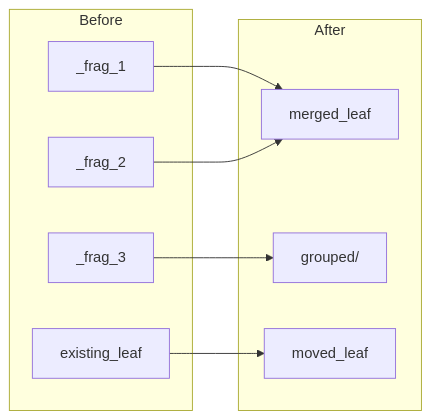
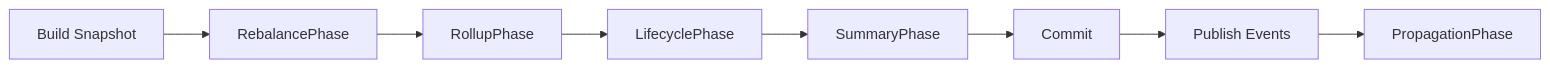
One commit to Linzwcs/semafs changed the first of 2 diagrams in docs/design/maintenance.md. Above: the diagram before and after it, drawn with Mermaid. The commit also changed other lines of this file and 25 other files, not shown here.

Commit message:
docs: align API/guide/design with latest semafs architecture

````diff
--- a/docs/design/maintenance.md
+++ b/docs/design/maintenance.md
@@ -9,19 +14,10 @@
 ```mermaid
 graph LR
-    subgraph "Before"
-        B1[_frag_1]
-        B2[_frag_2]
-        B3[_frag_3]
-        B4[existing_leaf]
-    end
-
-    subgraph "After"
-        A1[merged_leaf]
-        A2[grouped/]
-        A3[moved_leaf]
-    end
-
-    B1 & B2 --> A1
-    B3 --> A2
-    B4 --> A3
+    A[Build Snapshot] --> B[RebalancePhase]
+    B --> C[RollupPhase]
+    C --> D[LifecyclePhase]
+    D --> E[SummaryPhase]
+    E --> F[Commit]
+    F --> G[Publish Events]
+    G --> H[PropagationPhase]
 ```
````
